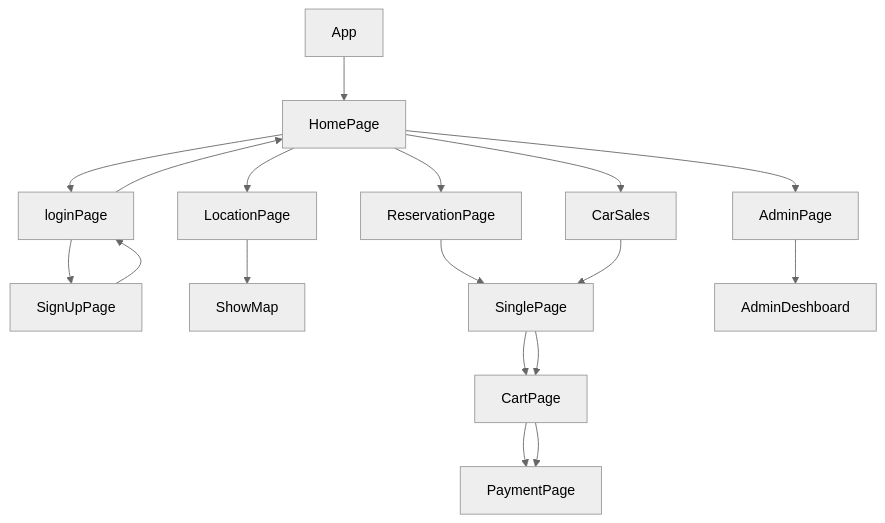
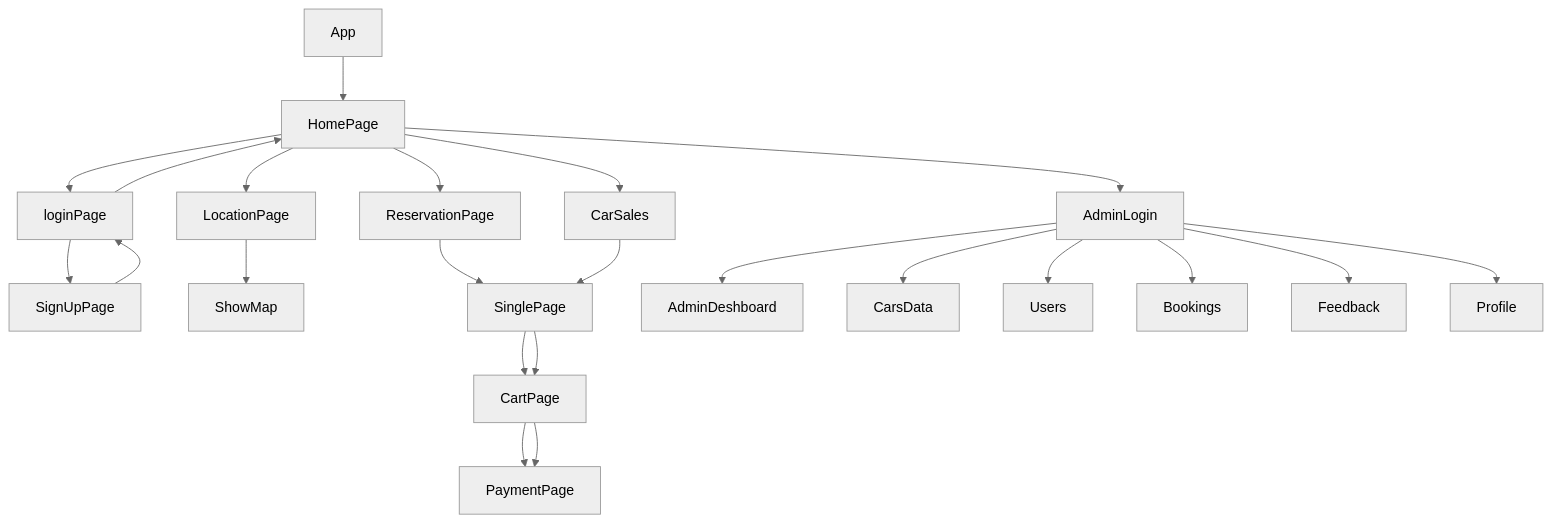
The diagram in README.md (shikhu51197/Avis-Rentals), drawn with Mermaid (neutral theme) before and after one commit.

````diff
--- a/README.md
+++ b/README.md
@@ -77,20 +77,26 @@
 ```mermaid
 graph TD;
     App-->HomePage
     HomePage-->loginPage;
     loginPage-->SignUpPage;
       SignUpPage-->loginPage;
        loginPage-->HomePage;
        HomePage -->LocationPage
        LocationPage-->ShowMap
        HomePage --> ReservationPage
        ReservationPage-->SinglePage
        SinglePage --> CartPage
        CartPage-->PaymentPage
        HomePage -->CarSales
        CarSales-->SinglePage
        SinglePage --> CartPage
        CartPage-->PaymentPage
-       HomePage --> AdminPage
-       AdminPage-->AdminDeshboard
+       HomePage --> AdminLogin
+       AdminLogin-->AdminDeshboard
+       AdminLogin -->CarsData
+       AdminLogin -->Users
+       AdminLogin -->Bookings
+       AdminLogin -->Feedback
+       AdminLogin -->Profile
+       
 ```
````
